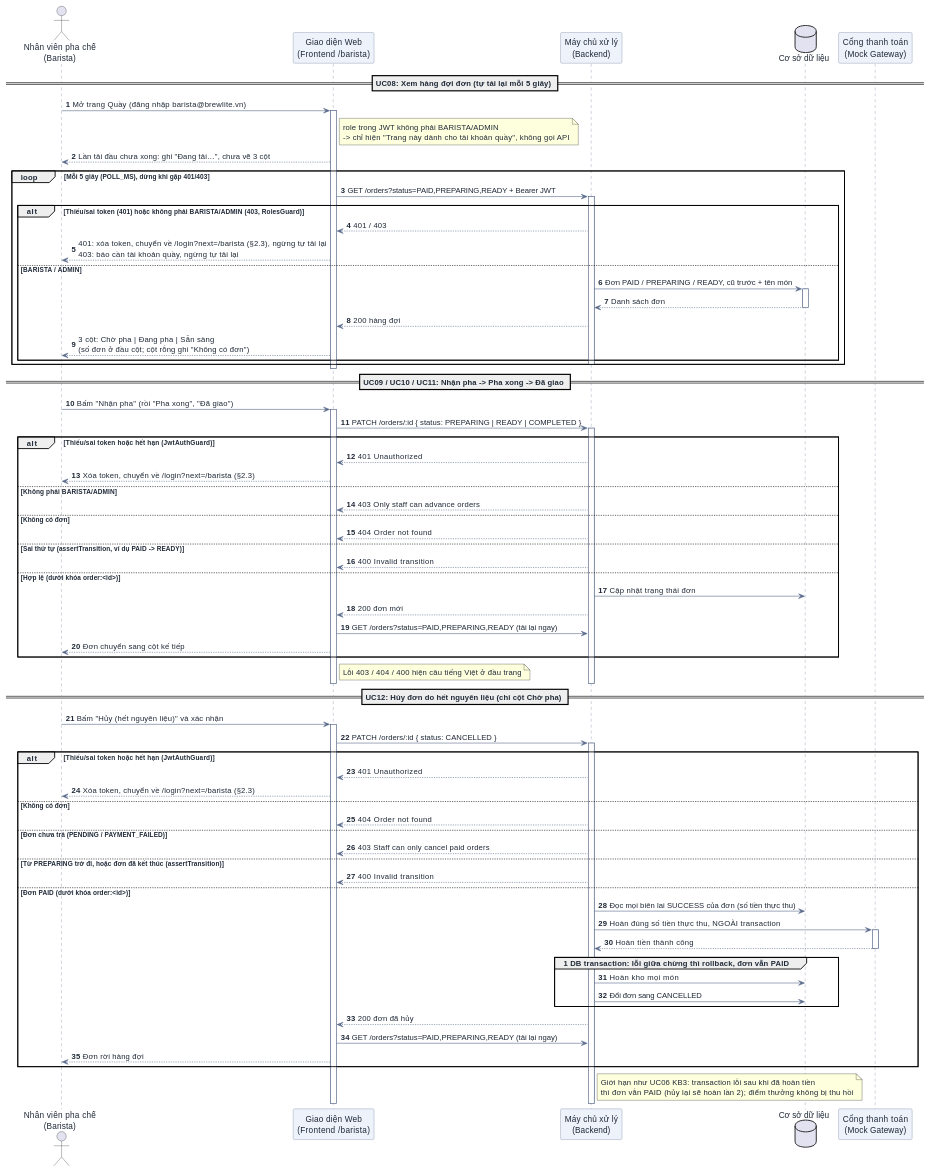
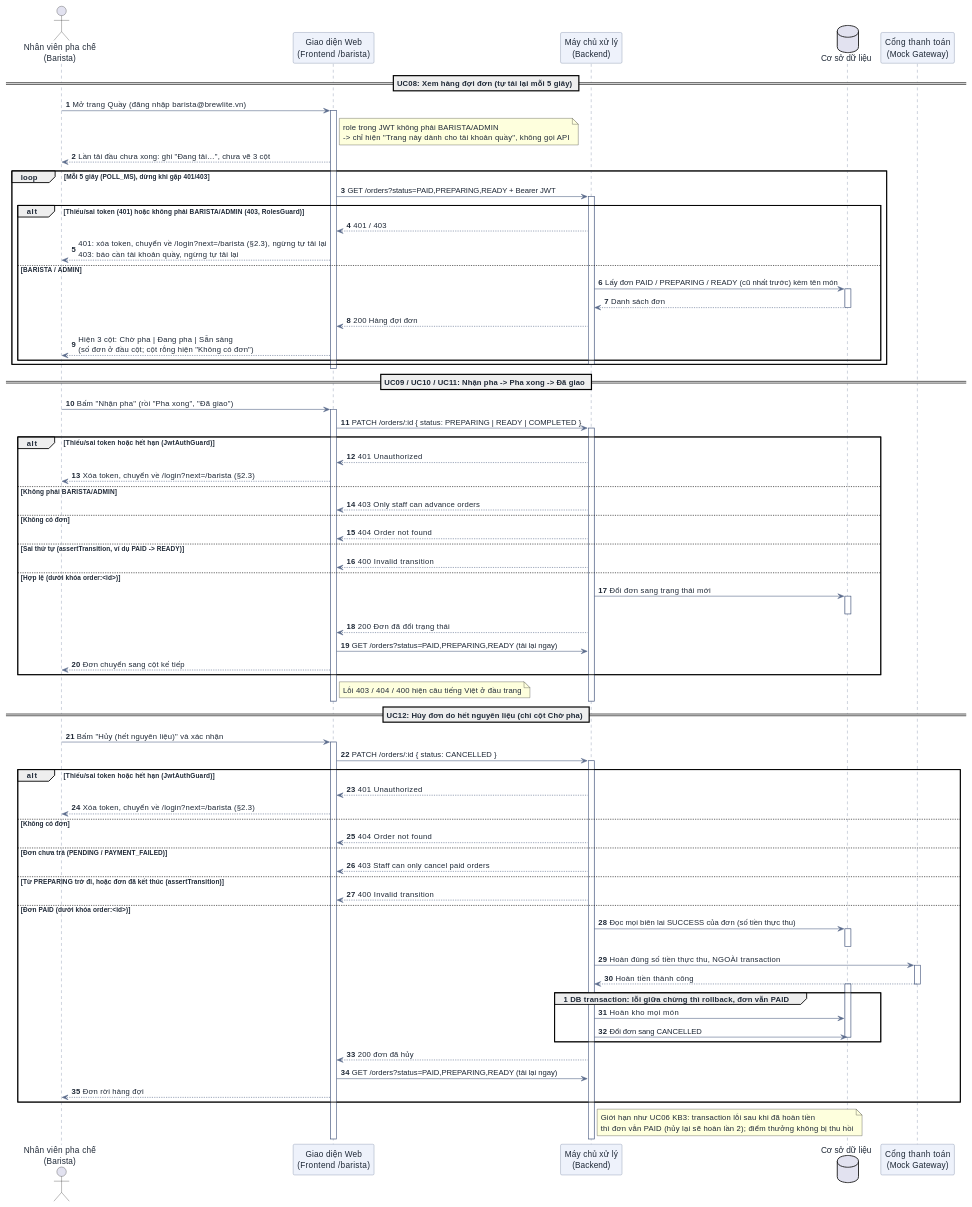
One commit to DuVinhLoi/BrewLite changed the eighth of 10 diagrams in docs/user-sequence-specifications.md. Above: the diagram before and after it, drawn with PlantUML. The commit also changed other lines of this file, not shown here.

Commit message:
docs: clarify UC08-UC16 sequence messages and activation

```diff
--- a/docs/user-sequence-specifications.md
+++ b/docs/user-sequence-specifications.md
@@ -875,12 +875,12 @@
         BE --> FE : 401 / 403
         FE --> User : 401: xóa token, chuyển về /login?next=/barista (§2.3), ngừng tự tải lại\n403: báo cần tài khoản quầy, ngừng tự tải lại
     else BARISTA / ADMIN
-        BE -> DB : Đơn PAID / PREPARING / READY, cũ trước + tên món
+        BE -> DB : Lấy đơn PAID / PREPARING / READY (cũ nhất trước) kèm tên món
         activate DB
         DB --> BE : Danh sách đơn
         deactivate DB
-        BE --> FE : 200 hàng đợi
-        FE --> User : 3 cột: Chờ pha | Đang pha | Sẵn sàng\n(số đơn ở đầu cột; cột rỗng ghi "Không có đơn")
+        BE --> FE : 200 Hàng đợi đơn
+        FE --> User : Hiện 3 cột: Chờ pha | Đang pha | Sẵn sàng\n(số đơn ở đầu cột; cột rỗng hiện "Không có đơn")
     end
     deactivate BE
 end
@@ -901,8 +901,10 @@
 else Sai thứ tự (assertTransition, ví dụ PAID -> READY)
     BE --> FE : 400 Invalid transition
 else Hợp lệ (dưới khóa order:<id>)
-    BE -> DB : Cập nhật trạng thái đơn
-    BE --> FE : 200 đơn mới
+    BE -> DB : Đổi đơn sang trạng thái mới
+    activate DB
+    deactivate DB
+    BE --> FE : 200 Đơn đã đổi trạng thái
     FE -> BE : GET /orders?status=PAID,PREPARING,READY (tải lại ngay)
     FE --> User : Đơn chuyển sang cột kế tiếp
 end
@@ -926,13 +928,17 @@
     BE --> FE : 400 Invalid transition
 else Đơn PAID (dưới khóa order:<id>)
     BE -> DB : Đọc mọi biên lai SUCCESS của đơn (số tiền thực thu)
+    activate DB
+    deactivate DB
     BE -> Gateway : Hoàn đúng số tiền thực thu, NGOÀI transaction
     activate Gateway
     Gateway --> BE : Hoàn tiền thành công
     deactivate Gateway
     group 1 DB transaction: lỗi giữa chừng thì rollback, đơn vẫn PAID
+        activate DB
         BE -> DB : Hoàn kho mọi món
         BE -> DB : Đổi đơn sang CANCELLED
+        deactivate DB
     end
     BE --> FE : 200 đơn đã hủy
     FE -> BE : GET /orders?status=PAID,PREPARING,READY (tải lại ngay)
```
